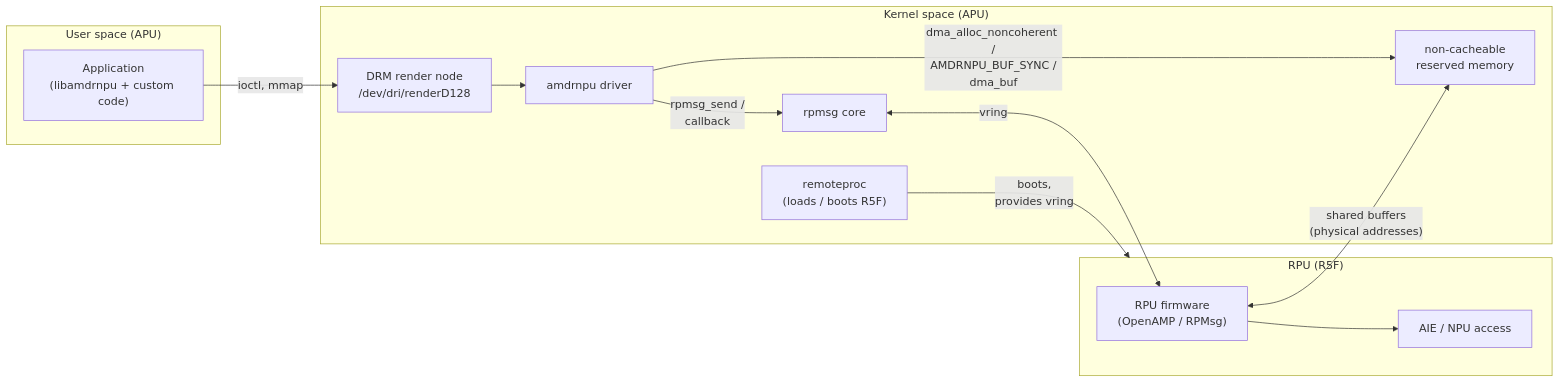
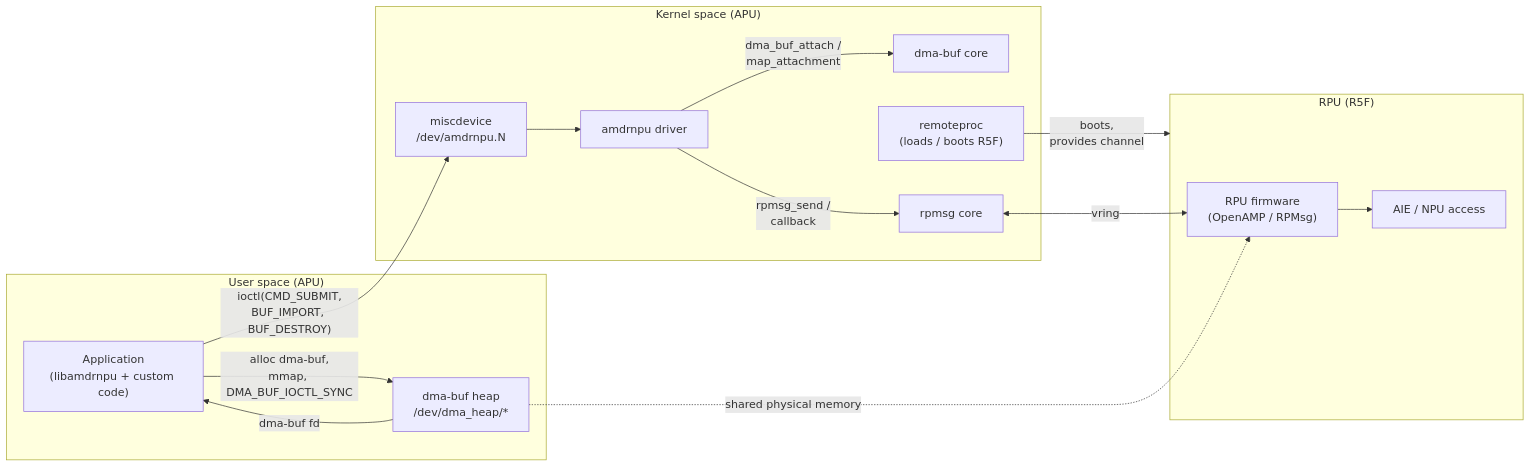
Before and after one commit to Xilinx/amdrnpu: the first of 3 diagrams in docs/architecture.md, drawn with Mermaid. The commit also changed other lines of this file and 11 other files, not shown here.

````diff
--- a/docs/architecture.md
+++ b/docs/architecture.md
@@ -20,28 +26,31 @@
 ```mermaid
 flowchart LR
     subgraph User["User space (APU)"]
         APP["Application<br/>(libamdrnpu + custom code)"]
+        HEAP["dma-buf heap<br/>/dev/dma_heap/*"]
     end
 
     subgraph Kernel["Kernel space (APU)"]
-        DRM["DRM render node<br/>/dev/dri/renderD128"]
+        MISC["miscdevice<br/>/dev/amdrnpu.N"]
         TESS["amdrnpu driver"]
         RPMSG["rpmsg core"]
         REMOTEPROC["remoteproc<br/>(loads / boots R5F)"]
-        DMA["non-cacheable<br/>reserved memory"]
+        DMABUF["dma-buf core"]
     end
 
     subgraph RPU["RPU (R5F)"]
         FW["RPU firmware<br/>(OpenAMP / RPMsg)"]
         AIE["AIE / NPU access"]
     end
 
-    APP -- "ioctl, mmap" --> DRM
-    DRM --> TESS
+    APP -- "ioctl(CMD_SUBMIT,<br/>BUF_IMPORT, BUF_DESTROY)" --> MISC
+    APP -- "alloc dma-buf,<br/>mmap, DMA_BUF_IOCTL_SYNC" --> HEAP
+    HEAP -- "dma-buf fd" --> APP
+    MISC --> TESS
+    TESS -- "dma_buf_attach /<br/>map_attachment" --> DMABUF
     TESS -- "rpmsg_send /<br/>callback" --> RPMSG
     RPMSG <-- "vring" --> FW
-    REMOTEPROC -- "boots,<br/>provides vring" --> RPU
-    TESS -- "dma_alloc_noncoherent /<br/>AMDRNPU_BUF_SYNC /<br/>dma_buf" --> DMA
-    FW <-- "shared buffers<br/>(physical addresses)" --> DMA
+    REMOTEPROC -- "boots,<br/>provides channel" --> RPU
+    HEAP -. "shared physical memory" .-> FW
     FW --> AIE
 ```
````
